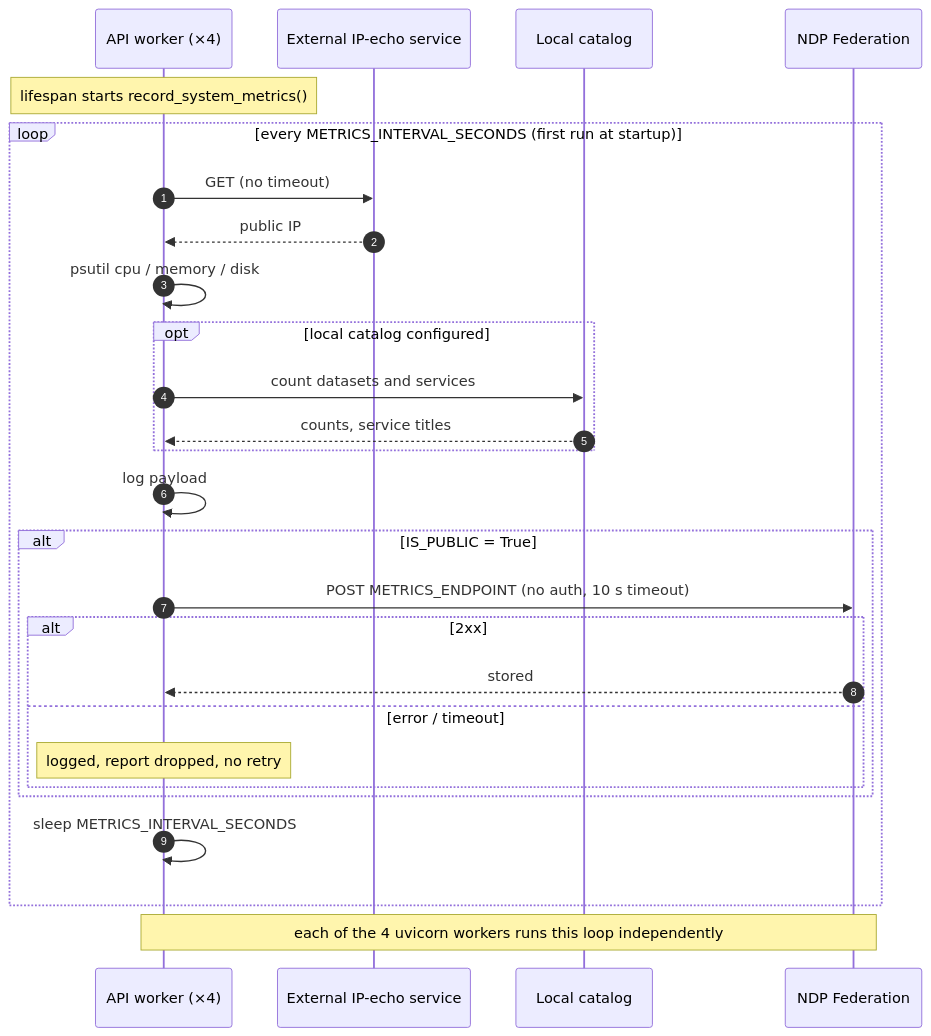
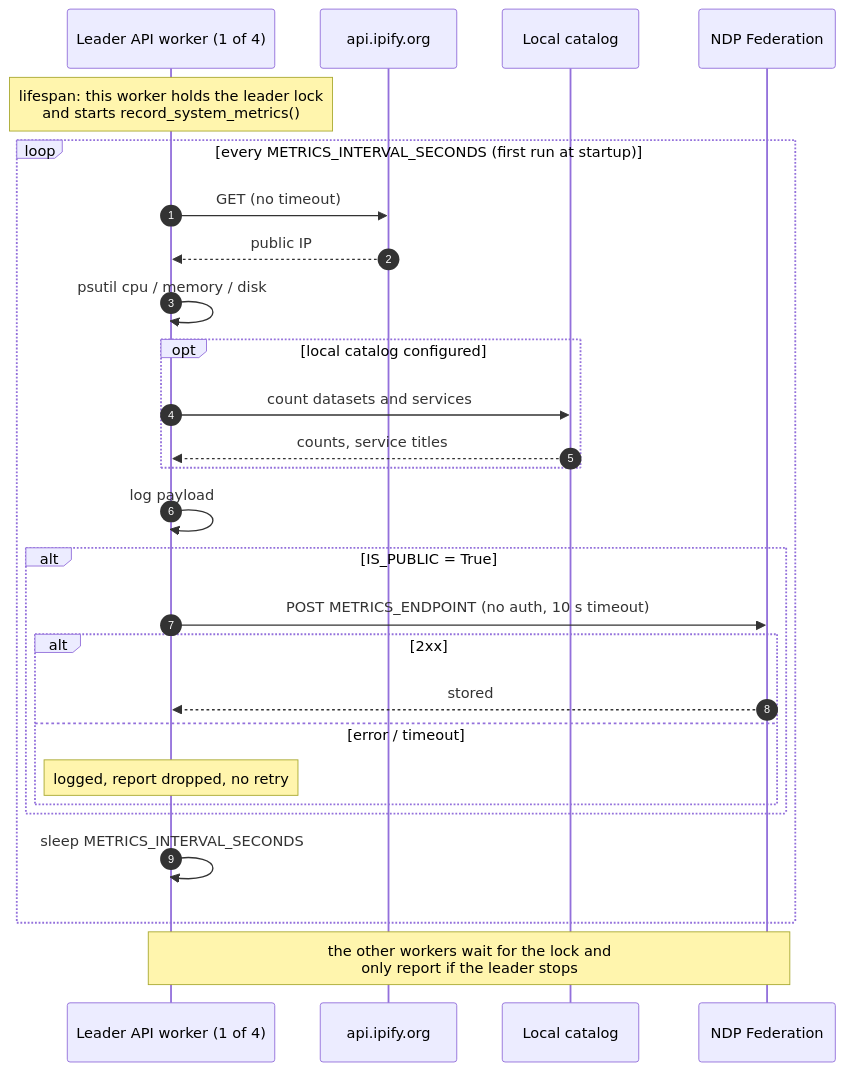
The second of 2 diagrams in docs/architecture/federation-and-metrics.md (national-data-platform/ep-api), drawn with Mermaid before and after one commit. The commit also changed other lines of this file and 13 other files, not shown here.

First line of the commit message:
docs: bring the sequence diagrams and platform pages up to date

````diff
--- a/docs/architecture/federation-and-metrics.md
+++ b/docs/architecture/federation-and-metrics.md
@@ -357,30 +422,30 @@
 ```mermaid
 sequenceDiagram
     autonumber
-    participant W as API worker (×4)
-    participant IP as External IP-echo service
+    participant W as Leader API worker (1 of 4)
+    participant IP as api.ipify.org
     participant C as Local catalog
     participant F as NDP Federation
 
-    Note over W: lifespan starts record_system_metrics()
+    Note over W: lifespan: this worker holds the leader lock<br/>and starts record_system_metrics()
     loop every METRICS_INTERVAL_SECONDS (first run at startup)
         W->>IP: GET (no timeout)
         IP-->>W: public IP
         W->>W: psutil cpu / memory / disk
         opt local catalog configured
             W->>C: count datasets and services
             C-->>W: counts, service titles
         end
         W->>W: log payload
         alt IS_PUBLIC = True
             W->>F: POST METRICS_ENDPOINT (no auth, 10 s timeout)
             alt 2xx
                 F-->>W: stored
             else error / timeout
                 Note over W: logged, report dropped, no retry
             end
         end
         W->>W: sleep METRICS_INTERVAL_SECONDS
     end
-    Note over W,F: each of the 4 uvicorn workers runs this loop independently
+    Note over W,F: the other workers wait for the lock and<br/>only report if the leader stops
 ```
````
